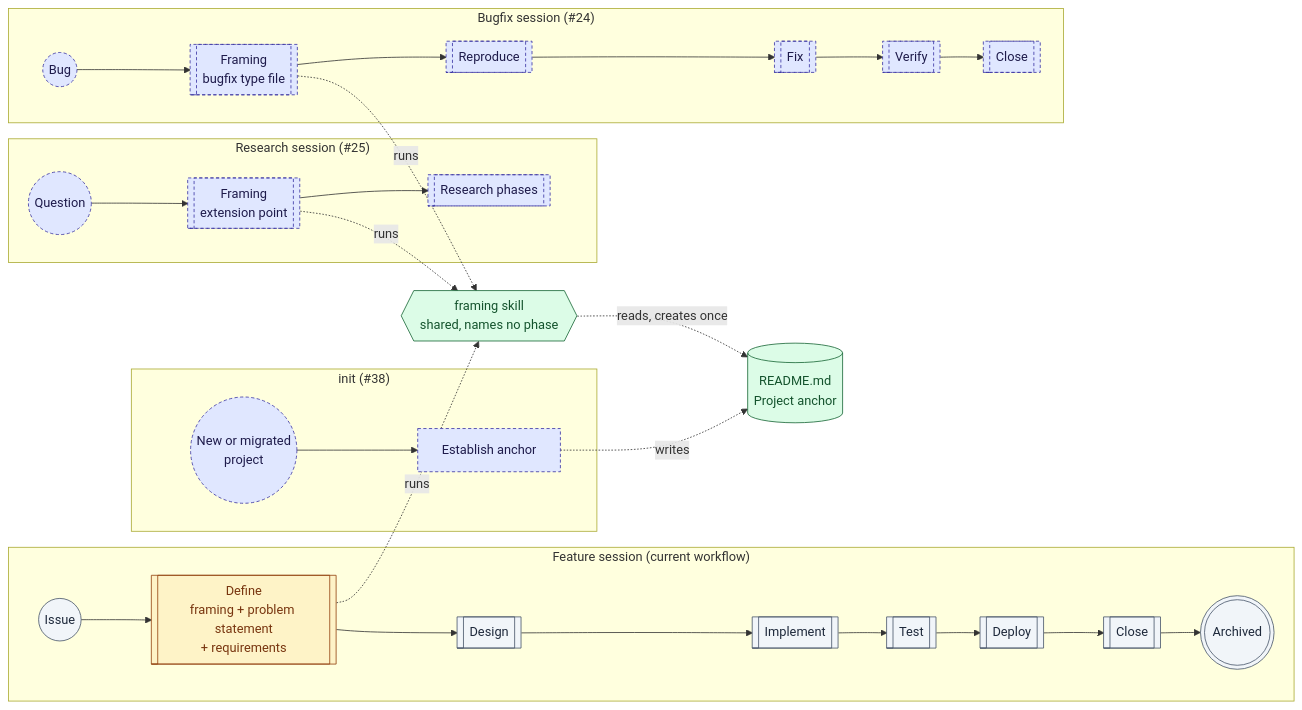
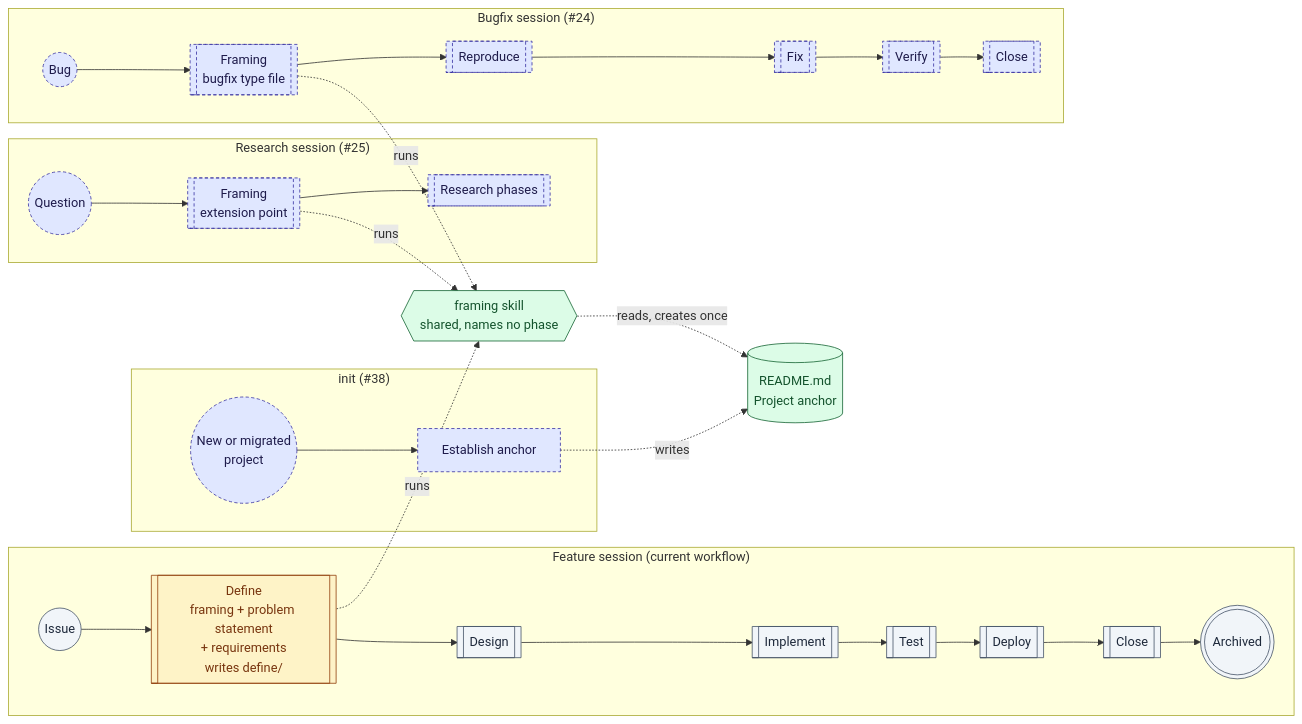
One commit to dkoenawan/compass-labs changed the first of 4 diagrams in docs/sessions/2026-09-25-define-phase-depth/design.md. Above: the diagram before and after it, drawn with Mermaid. The commit also changed other lines of this file and 1 other file, not shown here.

Commit message:
docs(sessions): design.md adds artifact view, define/ layout and Close fold-back (DES-019..023, D12–D14) — #23

````diff
--- a/docs/sessions/2026-09-25-define-phase-depth/design.md
+++ b/docs/sessions/2026-09-25-define-phase-depth/design.md
@@ -43,34 +172,34 @@
 ```mermaid
 flowchart LR
   classDef new fill:#DCFCE7,stroke:#166534,color:#14532D
   classDef changed fill:#FEF3C7,stroke:#92400E,color:#78350F
   classDef unchanged fill:#F1F5F9,stroke:#475569,color:#1E293B
   classDef planned fill:#E0E7FF,stroke:#3730A3,color:#1E1B4B,stroke-dasharray:4 3
 
   subgraph FEAT["Feature session (current workflow)"]
-    FS((Issue)) --> FD[["Define<br/>framing + problem statement<br/>+ requirements"]] --> FDe[[Design]] --> FI[[Implement]] --> FT[[Test]] --> FDp[[Deploy]] --> FC[[Close]] --> FE(((Archived)))
+    FS((Issue)) --> FD[["Define<br/>framing + problem statement<br/>+ requirements<br/>writes define/"]] --> FDe[[Design]] --> FI[[Implement]] --> FT[[Test]] --> FDp[[Deploy]] --> FC[[Close]] --> FE(((Archived)))
   end
   subgraph BUG["Bugfix session (#24)"]
     BS((Bug)) --> BF[["Framing<br/>bugfix type file"]] --> BR[[Reproduce]] --> BX[[Fix]] --> BV[[Verify]] --> BC[[Close]]
   end
   subgraph RES["Research session (#25)"]
     RS((Question)) --> RF[["Framing<br/>extension point"]] --> RW[[Research phases]]
   end
   subgraph INIT["init (#38)"]
     IS((New or migrated<br/>project)) --> IA[Establish anchor]
   end
 
   FRAME{{"framing skill<br/>shared, names no phase"}}
   ANCHOR[("README.md<br/>Project anchor")]
 
   FD -. runs .-> FRAME
   BF -. runs .-> FRAME
   RF -. runs .-> FRAME
   FRAME -. reads, creates once .-> ANCHOR
   IA -. writes .-> ANCHOR
 
   class FD changed
   class FRAME,ANCHOR new
   class FS,FDe,FI,FT,FDp,FC,FE unchanged
   class BS,BF,BR,BX,BV,BC,RS,RF,RW,IS,IA planned
 ```
````
